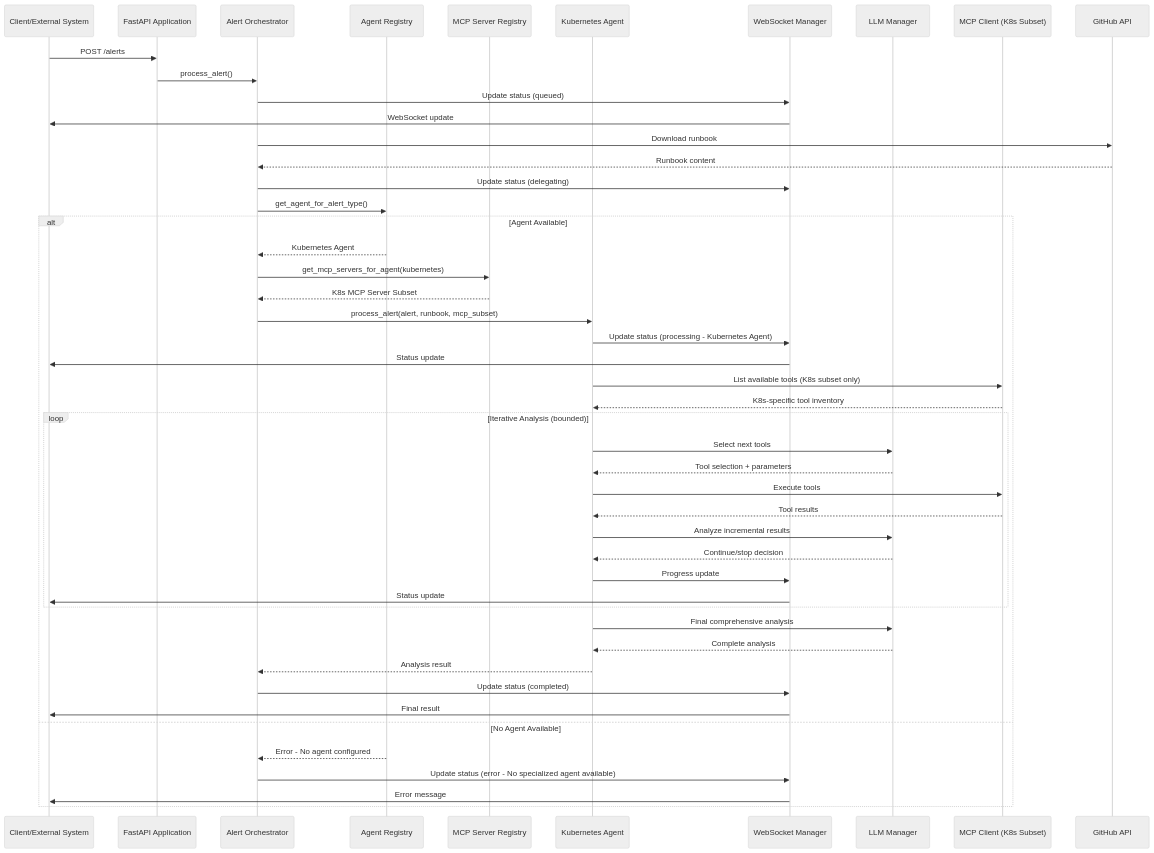
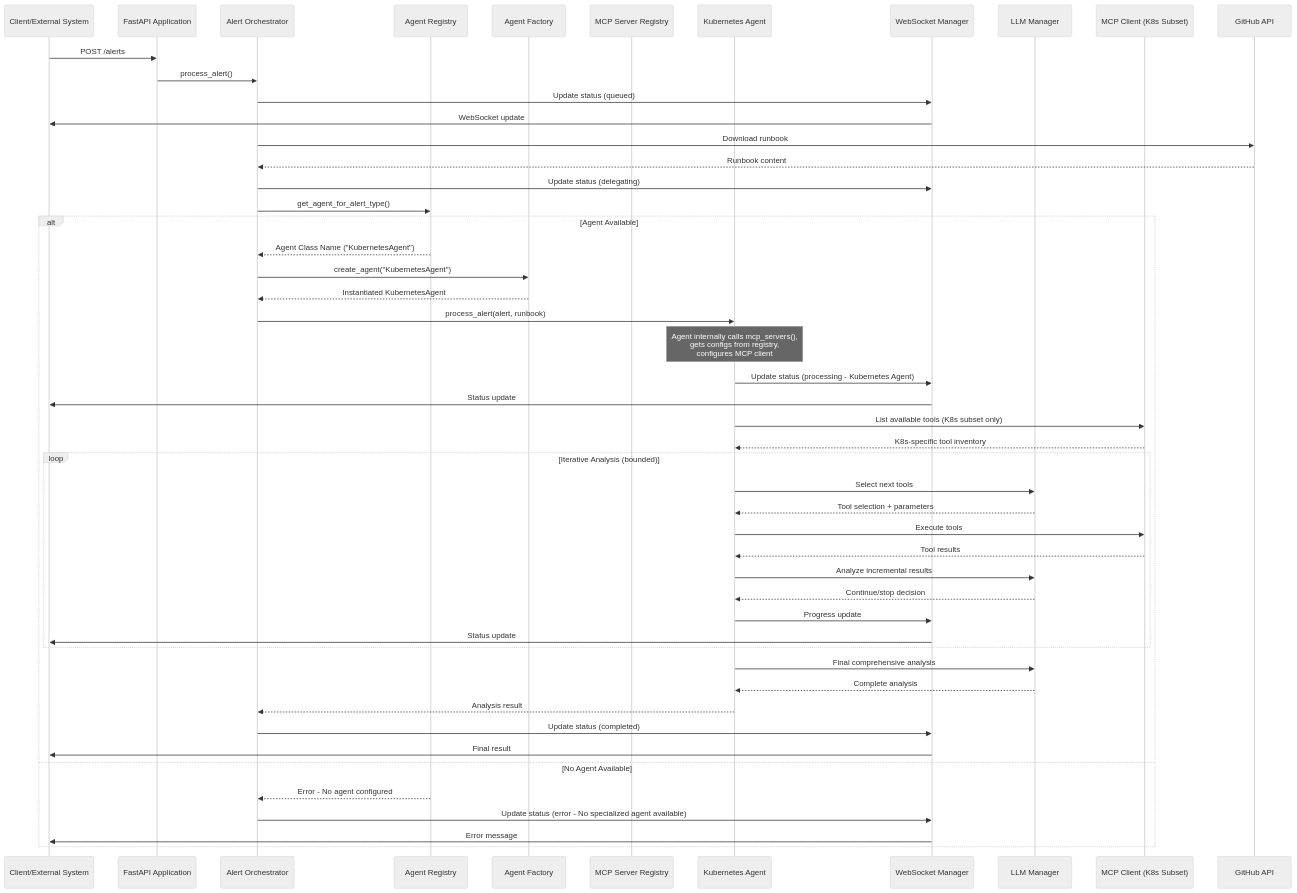
Before and after one commit to rsoaresd/tarsy-bot: the diagram in docs/enhancements/pending/EP-0002-multi-layer-agent-design.md, drawn with Mermaid (neutral theme). The commit also changed other lines of this file and 2 other files, not shown here.

Commit message:
Multi-layer agent updated desing and plan

````diff
--- a/docs/enhancements/pending/EP-0002-multi-layer-agent-design.md
+++ b/docs/enhancements/pending/EP-0002-multi-layer-agent-design.md
@@ -128,57 +147,59 @@
 ```mermaid
 sequenceDiagram
     participant Client as Client/External System
     participant API as FastAPI Application
     participant AO as Alert Orchestrator
     participant AR as Agent Registry
+    participant AF as Agent Factory
     participant MSR as MCP Server Registry
     participant KA as Kubernetes Agent
     participant WS as WebSocket Manager
     participant LLM as LLM Manager
     participant MCP as MCP Client (K8s Subset)
     participant GitHub as GitHub API
     
     Client->>API: POST /alerts
     API->>AO: process_alert()
     AO->>WS: Update status (queued)
     WS->>Client: WebSocket update
     
     AO->>GitHub: Download runbook
     GitHub-->>AO: Runbook content
     AO->>WS: Update status (delegating)
     
     AO->>AR: get_agent_for_alert_type()
     alt Agent Available
-        AR-->>AO: Kubernetes Agent
-        AO->>MSR: get_mcp_servers_for_agent(kubernetes)
-        MSR-->>AO: K8s MCP Server Subset
+        AR-->>AO: Agent Class Name ("KubernetesAgent")
+        AO->>AF: create_agent("KubernetesAgent")
+        AF-->>AO: Instantiated KubernetesAgent
         
-        AO->>KA: process_alert(alert, runbook, mcp_subset)
+        AO->>KA: process_alert(alert, runbook)
+        Note over KA: Agent internally calls mcp_servers(),<br/>gets configs from registry,<br/>configures MCP client
         KA->>WS: Update status (processing - Kubernetes Agent)
         WS->>Client: Status update
         
         KA->>MCP: List available tools (K8s subset only)
         MCP-->>KA: K8s-specific tool inventory
         
         loop Iterative Analysis (bounded)
             KA->>LLM: Select next tools
             LLM-->>KA: Tool selection + parameters
             KA->>MCP: Execute tools
             MCP-->>KA: Tool results
             KA->>LLM: Analyze incremental results
             LLM-->>KA: Continue/stop decision
             KA->>WS: Progress update
             WS->>Client: Status update
         end
         
         KA->>LLM: Final comprehensive analysis
         LLM-->>KA: Complete analysis
         KA-->>AO: Analysis result
         AO->>WS: Update status (completed)
         WS->>Client: Final result
     else No Agent Available
         AR-->>AO: Error - No agent configured
         AO->>WS: Update status (error - No specialized agent available)
         WS->>Client: Error message
     end
 ```
````
